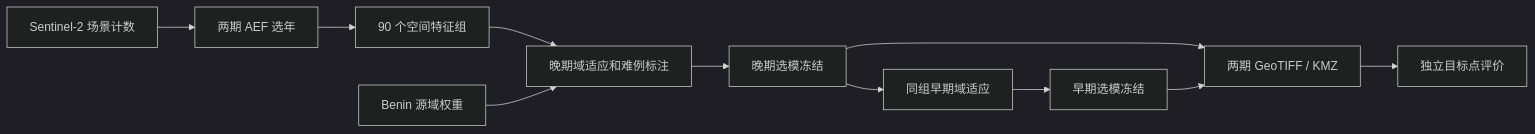
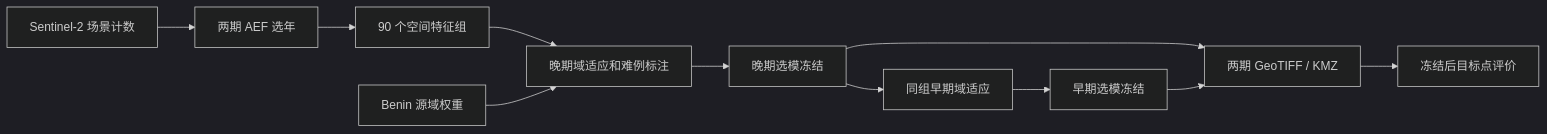
Before and after one commit to haoyue786-bit/Cahsew-mapping-research: the diagram in README.md, drawn with Mermaid (dark theme). The commit also changed other lines of this file and 1 other file, not shown here.

Commit message:
Index AEF inventory once during workspace preparation

````diff
--- a/README.md
+++ b/README.md
@@ -12,13 +12,13 @@
 ```mermaid
 flowchart LR
     S2["Sentinel-2 场景计数"] --> AEF["两期 AEF 选年"]
     AEF --> Group["90 个空间特征组"]
     Group --> Late["晚期域适应和难例标注"]
     Source["Benin 源域权重"] --> Late
     Late --> FreezeLate["晚期选模冻结"]
     FreezeLate --> Early["同组早期域适应"]
     Early --> FreezeEarly["早期选模冻结"]
     FreezeLate --> Map["两期 GeoTIFF / KMZ"]
     FreezeEarly --> Map
-    Map --> Eval["独立目标点评价"]
+    Map --> Eval["冻结后目标点评价"]
 ```
````
